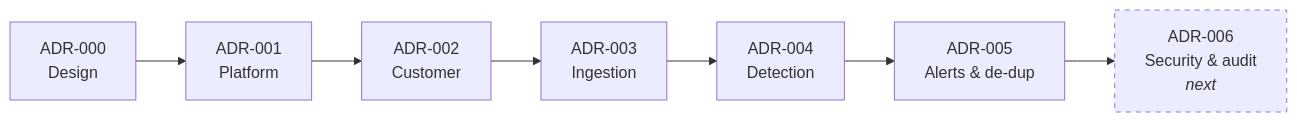
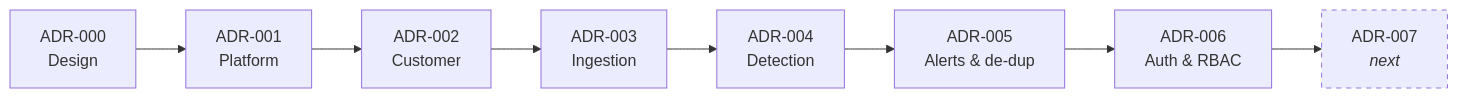
Before and after one commit to iamrupambiswas/sentinel-aml: the diagram in docs/ADR/README.md, drawn with Mermaid. The commit also changed other lines of this file and 39 other files, not shown here.

````diff
--- a/docs/ADR/README.md
+++ b/docs/ADR/README.md
@@ -18,5 +19,5 @@
 ```mermaid
 flowchart LR
-    A0[ADR-000<br/>Design] --> A1[ADR-001<br/>Platform] --> A2[ADR-002<br/>Customer] --> A3[ADR-003<br/>Ingestion] --> A4[ADR-004<br/>Detection] --> A5[ADR-005<br/>Alerts & de-dup] --> A6[ADR-006<br/>Security & audit<br/><i>next</i>]
-    style A6 stroke-dasharray: 5 5
+    A0[ADR-000<br/>Design] --> A1[ADR-001<br/>Platform] --> A2[ADR-002<br/>Customer] --> A3[ADR-003<br/>Ingestion] --> A4[ADR-004<br/>Detection] --> A5[ADR-005<br/>Alerts & de-dup] --> A6[ADR-006<br/>Auth & RBAC] --> A7[ADR-007<br/><i>next</i>]
+    style A7 stroke-dasharray: 5 5
 ```
````
